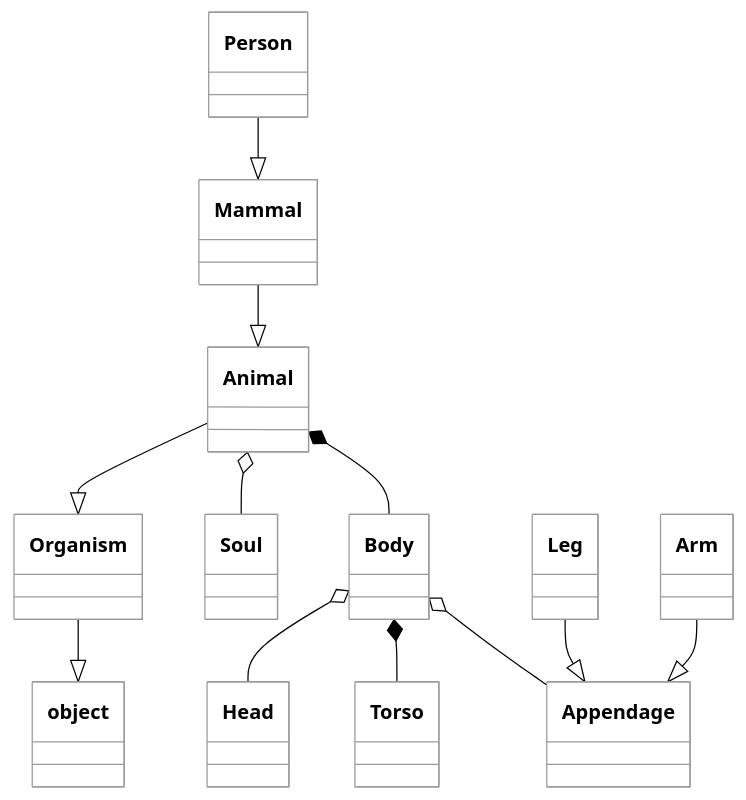
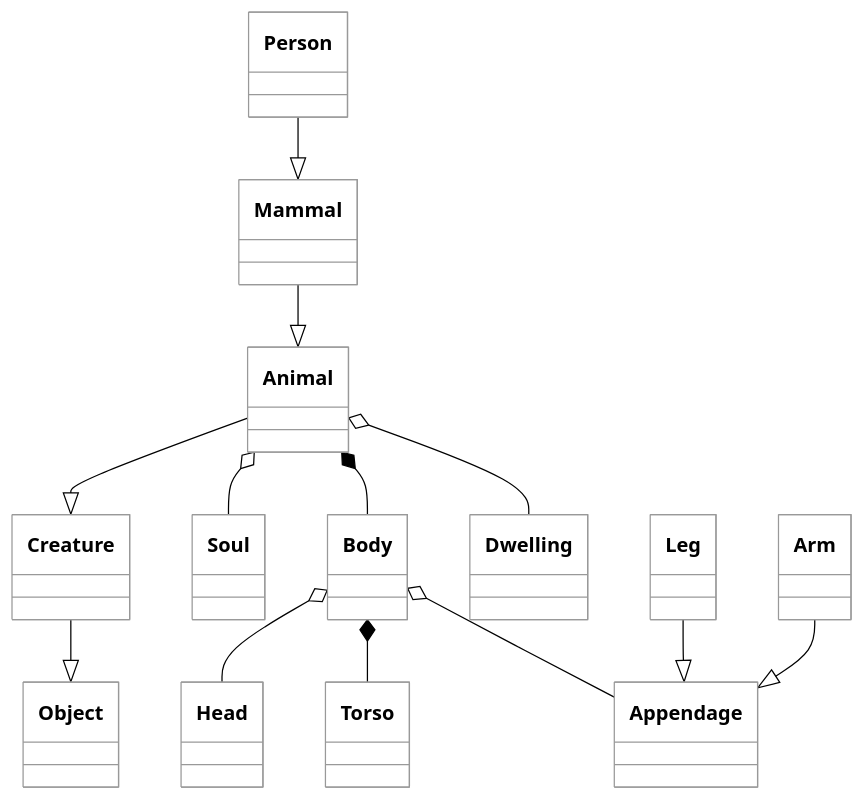
The first of 2 diagrams in instruction/object-oriented-design/object-oriented-design.md (byucsstudent/cs240v2), drawn with Mermaid before and after one commit.

Commit message:
Lee Jensen - update(Object Oriented Design)

````diff
--- a/instruction/object-oriented-design/object-oriented-design.md
+++ b/instruction/object-oriented-design/object-oriented-design.md
@@ -75,32 +75,21 @@
 ```mermaid
 %%{init: { 'theme': 'neutral', 'themeVariables': { 'mainBkg': '#ffffff', 'lineColor': '#000000', 'primaryTextColor': '#000000' } }}%%
 
 classDiagram
-    class object
-    class Organism
-    class Animal
-    class Soul
-    class Body
-    class Head
-    class Torso
-    class Appendage
-    class Leg
-    class Arm
-    class Mammal
-    class Person
-
-    Organism --|> object
-    Animal --|> Organism
+    Creature --|> Object
+    Animal --|> Creature
     Mammal --|> Animal
     Person --|> Mammal
 
     Animal o-- Soul
     Animal *-- Body
+
+    Animal o-- Dwelling
 
     Body o-- Head
     Body *-- Torso
     Body o-- Appendage
 
     Leg --|> Appendage
     Arm --|> Appendage
 ```
````
